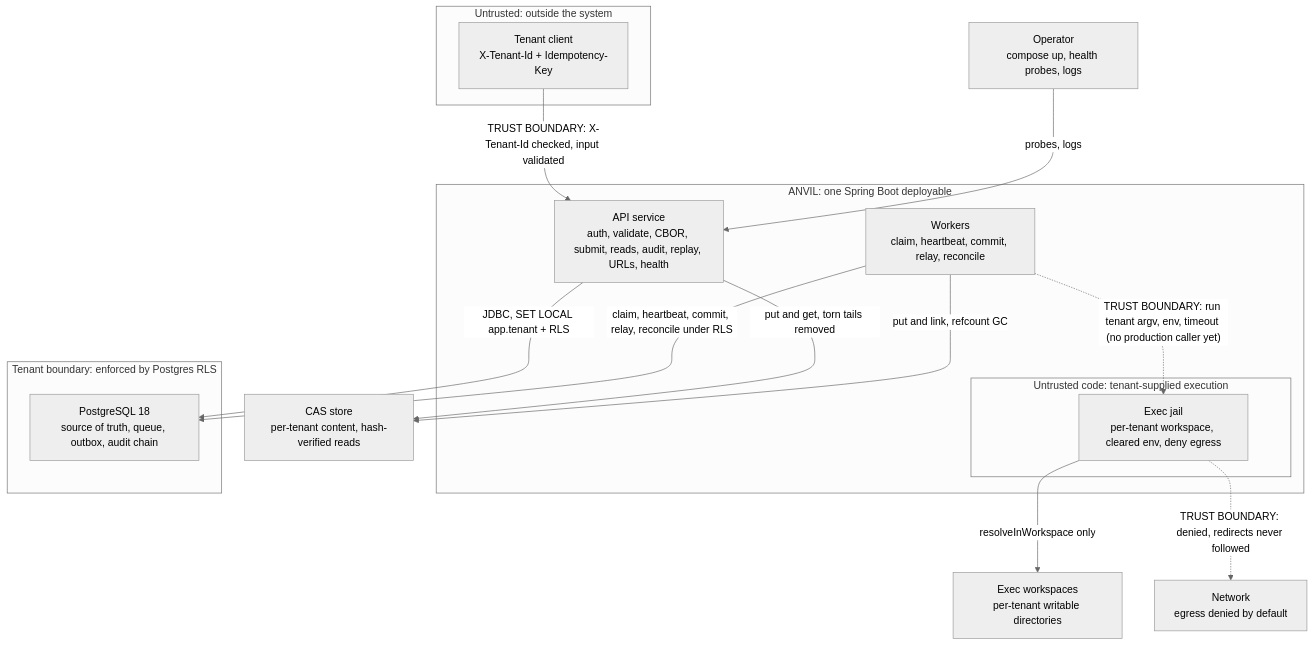
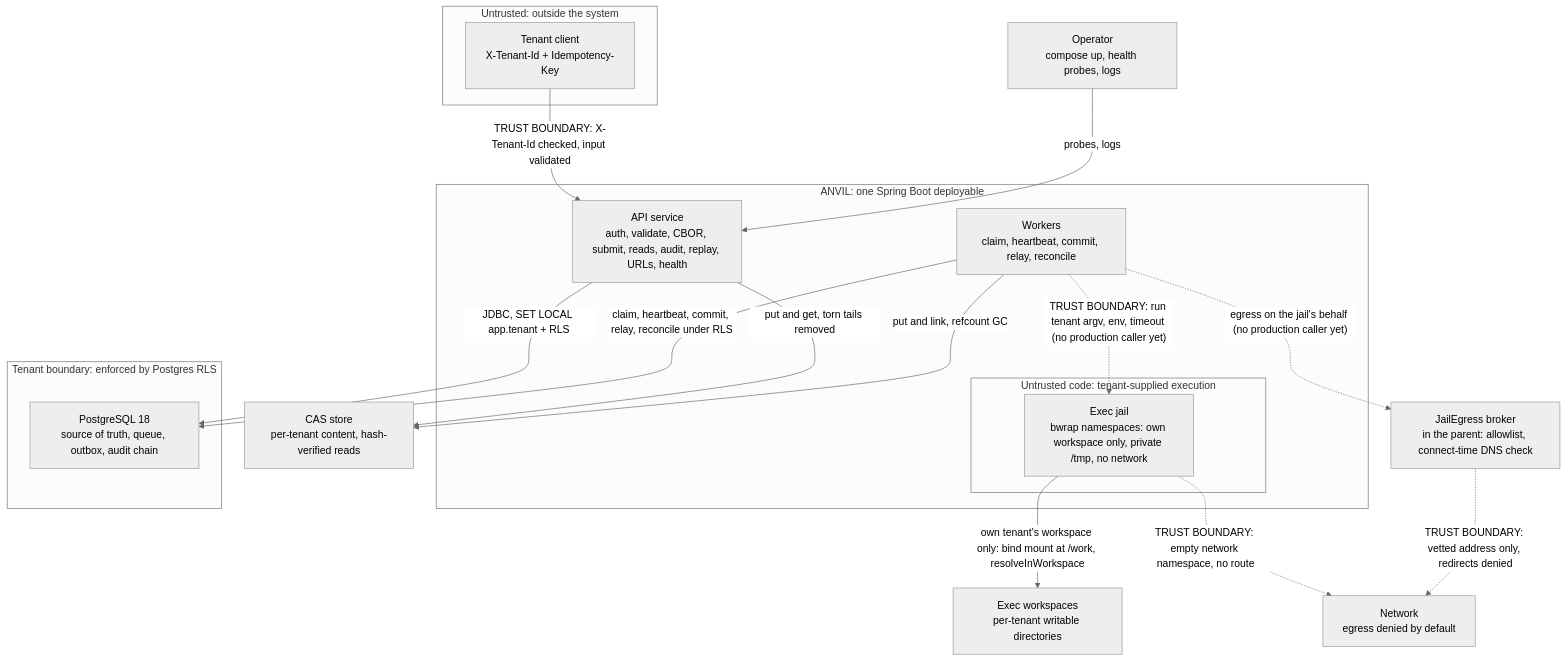
Before and after one commit to G1DO/anvil: the diagram in docs/architecture/containers.mmd, drawn with Mermaid (neutral theme). The commit also changed 11 other files, not shown here.

First line of the commit message:
Run the exec jail in a kernel sandbox and check egress at connect time (#116)

```diff
--- a/docs/architecture/containers.mmd
+++ b/docs/architecture/containers.mmd
@@ -1,27 +1,30 @@
 flowchart TB
     subgraph untrusted["Untrusted: outside the system"]
         tenantClient["Tenant client<br/>X-Tenant-Id + Idempotency-Key"]
     end
     operator["Operator<br/>compose up, health probes, logs"]
     subgraph anvil["ANVIL: one Spring Boot deployable"]
         api["API service<br/>auth, validate, CBOR, submit, reads, audit, replay, URLs, health"]
         workers["Workers<br/>claim, heartbeat, commit, relay, reconcile"]
         subgraph jailZone["Untrusted code: tenant-supplied execution"]
-            jail["Exec jail<br/>per-tenant workspace, cleared env, deny egress"]
+            jail["Exec jail<br/>bwrap namespaces: own workspace only, private /tmp, no network"]
         end
     end
     subgraph tenantData["Tenant boundary: enforced by Postgres RLS"]
         postgres["PostgreSQL 18<br/>source of truth, queue, outbox, audit chain"]
     end
     casStore["CAS store<br/>per-tenant content, hash-verified reads"]
     execWorkspaces["Exec workspaces<br/>per-tenant writable directories"]
     network["Network<br/>egress denied by default"]
+    broker["JailEgress broker<br/>in the parent: allowlist, connect-time DNS check"]
     tenantClient -->|"TRUST BOUNDARY: X-Tenant-Id checked, input validated"| api
     operator -->|probes, logs| api
     api -->|"JDBC, SET LOCAL app.tenant + RLS"| postgres
     workers -->|"claim, heartbeat, commit, relay, reconcile under RLS"| postgres
     api -->|put and get, torn tails removed| casStore
     workers -->|put and link, refcount GC| casStore
     workers -.->|"TRUST BOUNDARY: run tenant argv, env, timeout (no production caller yet)"| jail
-    jail -->|resolveInWorkspace only| execWorkspaces
-    jail -.->|"TRUST BOUNDARY: denied, redirects never followed"| network
+    jail -->|"own tenant's workspace only: bind mount at /work, resolveInWorkspace"| execWorkspaces
+    jail -.->|"TRUST BOUNDARY: empty network namespace, no route"| network
+    workers -.->|"egress on the jail's behalf (no production caller yet)"| broker
+    broker -.->|"TRUST BOUNDARY: vetted address only, redirects denied"| network
```
